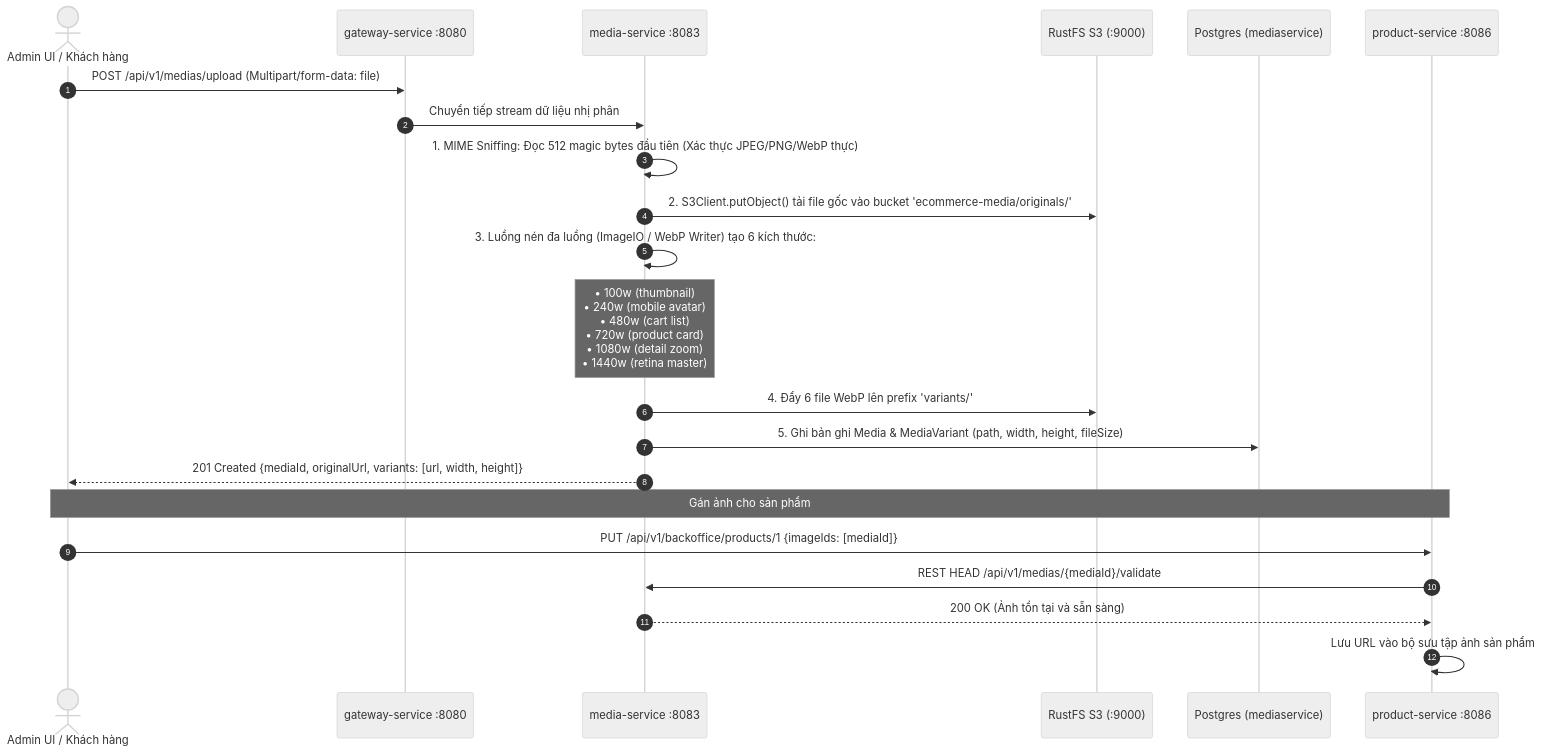
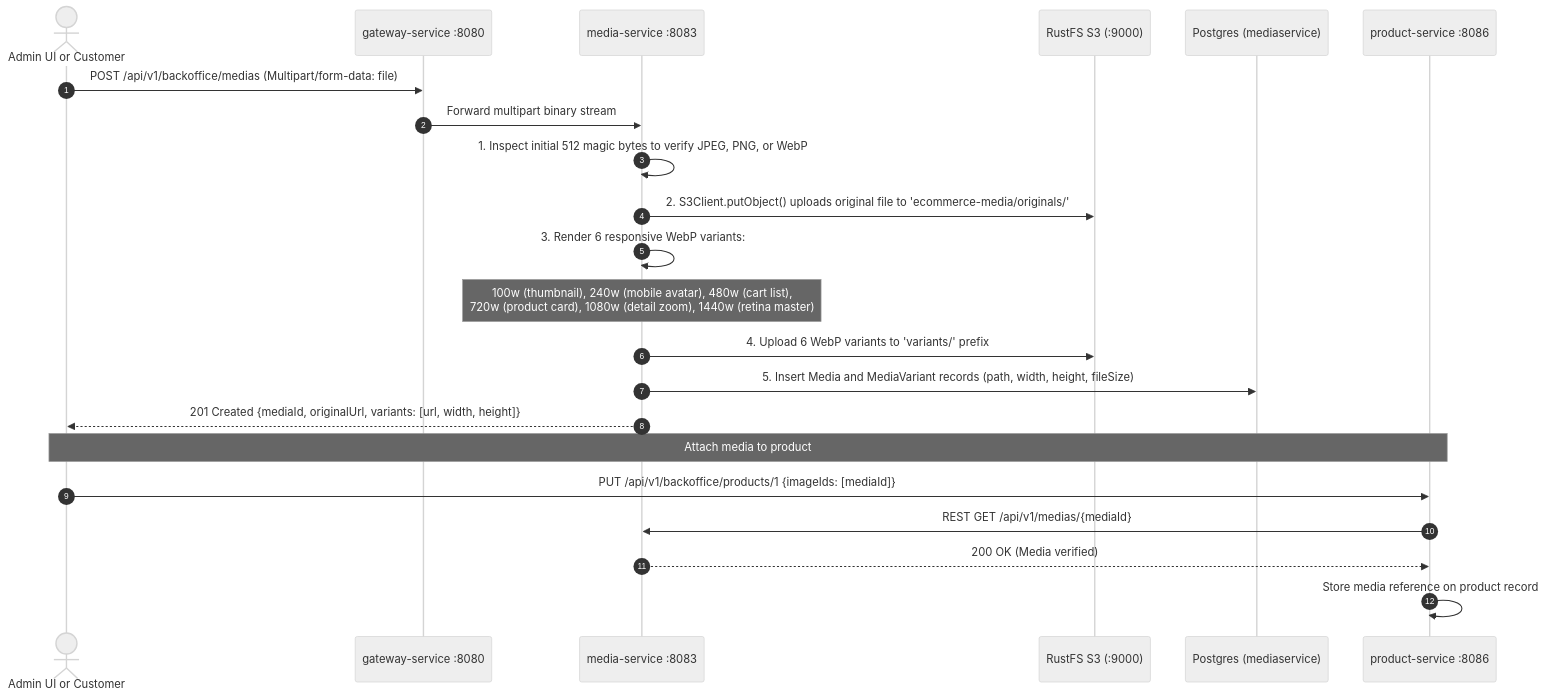
Before and after one commit to tonminhce/petproject: the fourth of 11 diagrams in docs/architecture/MASTER_ARCHITECTURE_ANALYSIS.md, drawn with Mermaid (neutral theme). The commit also changed other lines of this file and 77 other files, not shown here.

````diff
--- a/docs/architecture/MASTER_ARCHITECTURE_ANALYSIS.md
+++ b/docs/architecture/MASTER_ARCHITECTURE_ANALYSIS.md
@@ -312,26 +309,26 @@
 ```mermaid
 sequenceDiagram
     autonumber
-    actor Client as Admin UI / Khách hàng
+    actor Client as Admin UI or Customer
     participant GW as gateway-service :8080
     participant MED as media-service :8083
     participant RUSTFS as RustFS S3 (:9000)
     participant DB as Postgres (mediaservice)
     participant PRD as product-service :8086
 
-    Client->>GW: POST /api/v1/medias/upload (Multipart/form-data: file)
-    GW->>MED: Chuyển tiếp stream dữ liệu nhị phân
-    MED->>MED: 1. MIME Sniffing: Đọc 512 magic bytes đầu tiên (Xác thực JPEG/PNG/WebP thực)
-    MED->>RUSTFS: 2. S3Client.putObject() tải file gốc vào bucket 'ecommerce-media/originals/'
-    MED->>MED: 3. Luồng nén đa luồng (ImageIO / WebP Writer) tạo 6 kích thước:
-    Note over MED: • 100w (thumbnail)<br/>• 240w (mobile avatar)<br/>• 480w (cart list)<br/>• 720w (product card)<br/>• 1080w (detail zoom)<br/>• 1440w (retina master)
-    MED->>RUSTFS: 4. Đẩy 6 file WebP lên prefix 'variants/'
-    MED->>DB: 5. Ghi bản ghi Media & MediaVariant (path, width, height, fileSize)
+    Client->>GW: POST /api/v1/backoffice/medias (Multipart/form-data: file)
+    GW->>MED: Forward multipart binary stream
+    MED->>MED: 1. Inspect initial 512 magic bytes to verify JPEG, PNG, or WebP
+    MED->>RUSTFS: 2. S3Client.putObject() uploads original file to 'ecommerce-media/originals/'
+    MED->>MED: 3. Render 6 responsive WebP variants:
+    Note over MED: 100w (thumbnail), 240w (mobile avatar), 480w (cart list),<br/>720w (product card), 1080w (detail zoom), 1440w (retina master)
+    MED->>RUSTFS: 4. Upload 6 WebP variants to 'variants/' prefix
+    MED->>DB: 5. Insert Media and MediaVariant records (path, width, height, fileSize)
     MED-->>Client: 201 Created {mediaId, originalUrl, variants: [url, width, height]}
 
-    Note over Client,PRD: Gán ảnh cho sản phẩm
+    Note over Client,PRD: Attach media to product
     Client->>PRD: PUT /api/v1/backoffice/products/1 {imageIds: [mediaId]}
-    PRD->>MED: REST HEAD /api/v1/medias/{mediaId}/validate
-    MED-->>PRD: 200 OK (Ảnh tồn tại và sẵn sàng)
-    PRD->>PRD: Lưu URL vào bộ sưu tập ảnh sản phẩm
+    PRD->>MED: REST GET /api/v1/medias/{mediaId}
+    MED-->>PRD: 200 OK (Media verified)
+    PRD->>PRD: Store media reference on product record
 ```
````
